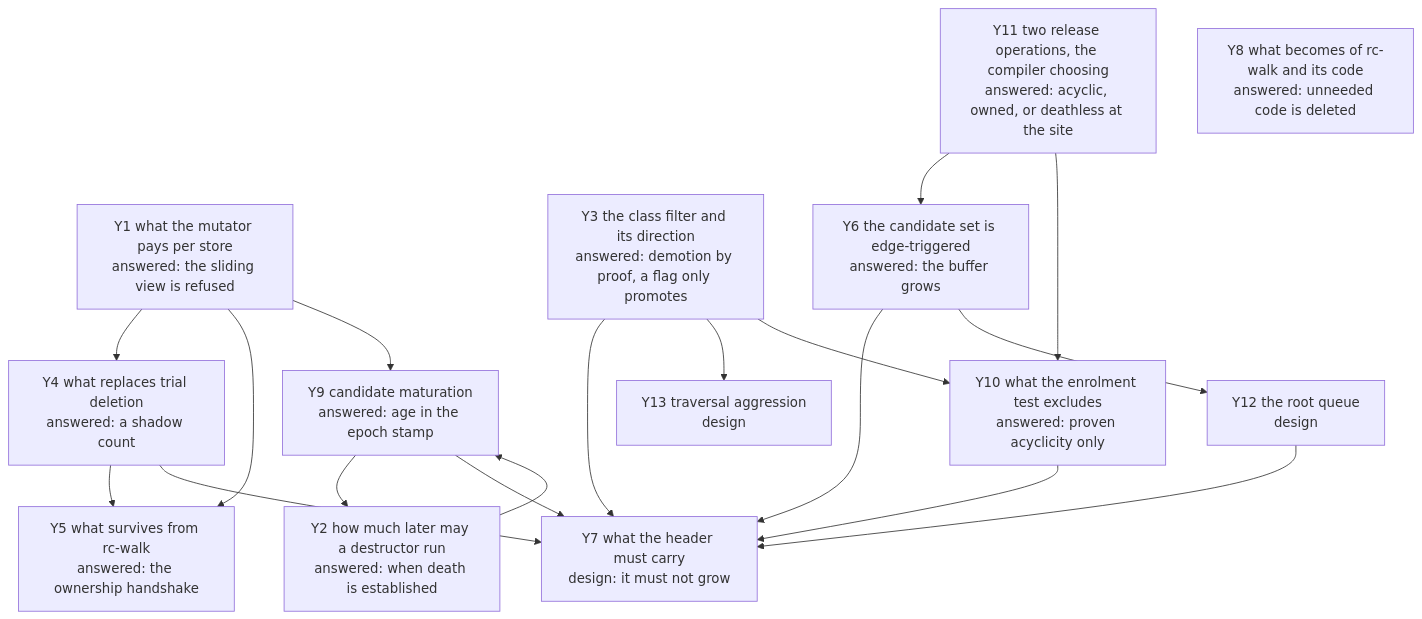
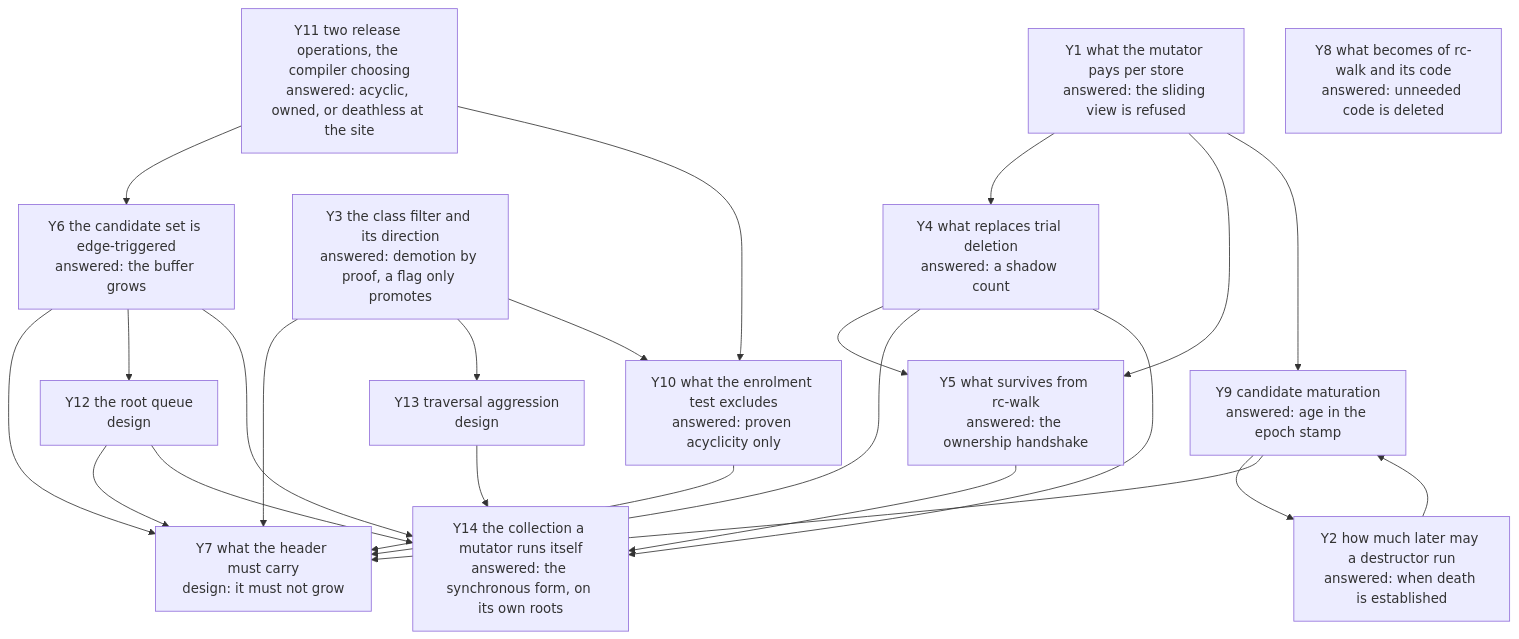
One commit to limelight-lang/rfc changed the diagram in model/gc/cycle/questions.md. Above: the diagram before and after it, drawn with Mermaid. The commit also changed other lines of this file and 3 other files, not shown here.

Commit message:
model: a mutator short of memory runs the collection itself (Y14), and rc-walk's documents go with its code

````diff
--- a/model/gc/cycle/questions.md
+++ b/model/gc/cycle/questions.md
@@ -15,17 +15,21 @@
 ```mermaid
 flowchart TD
     Y1[Y1 what the mutator pays per store<br/>answered: the sliding view is refused] --> Y4 & Y5 & Y9
     Y2[Y2 how much later may a destructor run<br/>answered: when death is established] --> Y9
     Y3[Y3 the class filter and its direction<br/>answered: demotion by proof, a flag only promotes] --> Y7 & Y13
     Y4[Y4 what replaces trial deletion<br/>answered: a shadow count] --> Y5 & Y7
     Y9[Y9 candidate maturation<br/>answered: age in the epoch stamp] --> Y2 & Y7
     Y10[Y10 what the enrolment test excludes<br/>answered: proven acyclicity only] --> Y7
     Y11[Y11 two release operations, the compiler choosing<br/>answered: acyclic, owned, or deathless at the site] --> Y6 & Y10
     Y3 --> Y10
     Y5[Y5 what survives from rc-walk<br/>answered: the ownership handshake]
     Y6[Y6 the candidate set is edge-triggered<br/>answered: the buffer grows] --> Y7 & Y12
     Y7[Y7 what the header must carry<br/>design: it must not grow]
     Y8[Y8 what becomes of rc-walk and its code<br/>answered: unneeded code is deleted]
-    Y12[Y12 the root queue<br/>design] --> Y7
-    Y13[Y13 traversal aggression<br/>design]
+    Y12[Y12 the root queue<br/>design] --> Y7 & Y14
+    Y13[Y13 traversal aggression<br/>design] --> Y14
+    Y4 --> Y14
+    Y5 --> Y14
+    Y6 --> Y14
+    Y14[Y14 the collection a mutator runs itself<br/>answered: the synchronous form, on its own roots]
 ```
````
